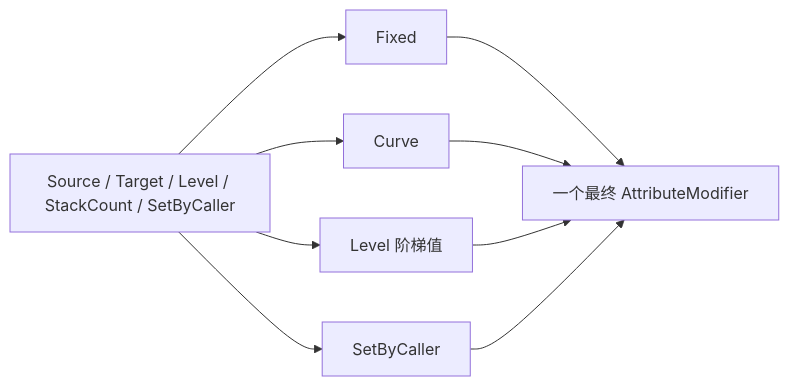
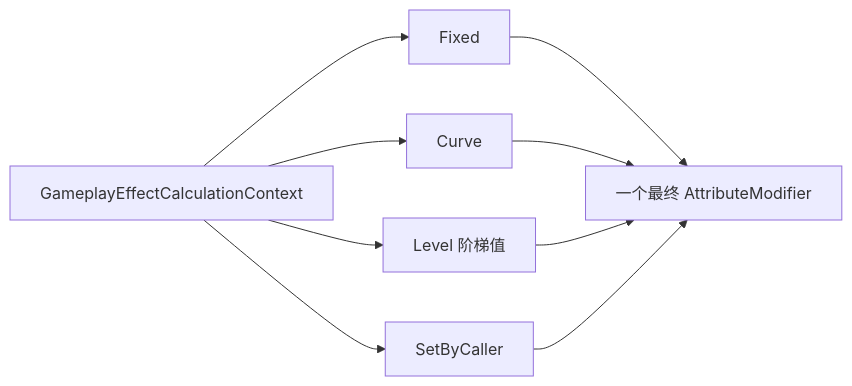
The third of 8 diagrams in Assets/GAS_Light/设计md/GameEffectGameplay.md (Whitesheeeep/3DRPG), drawn with Mermaid before and after one commit. The commit also changed other lines of this file and 83 other files, not shown here.

Commit message:
1. 完善 GAS 补充 GameplayEffectSpec 2. KeepAlive VFX Handler 使用独立检查

````diff
--- a/Assets/GAS_Light/设计md/GameEffectGameplay.md
+++ b/Assets/GAS_Light/设计md/GameEffectGameplay.md
@@ -29,11 +54,11 @@
 ```mermaid
 flowchart LR
     Fixed["Fixed"] --> Output["一个最终 AttributeModifier"]
     Curve["Curve"] --> Output
     Level["Level 阶梯值"] --> Output
     Caller["SetByCaller"] --> Output
-    Runtime["Source / Target / Level / StackCount / SetByCaller"] --> Fixed
-    Runtime --> Curve
-    Runtime --> Level
-    Runtime --> Caller
+    Context["GameplayEffectCalculationContext"] --> Fixed
+    Context --> Curve
+    Context --> Level
+    Context --> Caller
 ```
````
